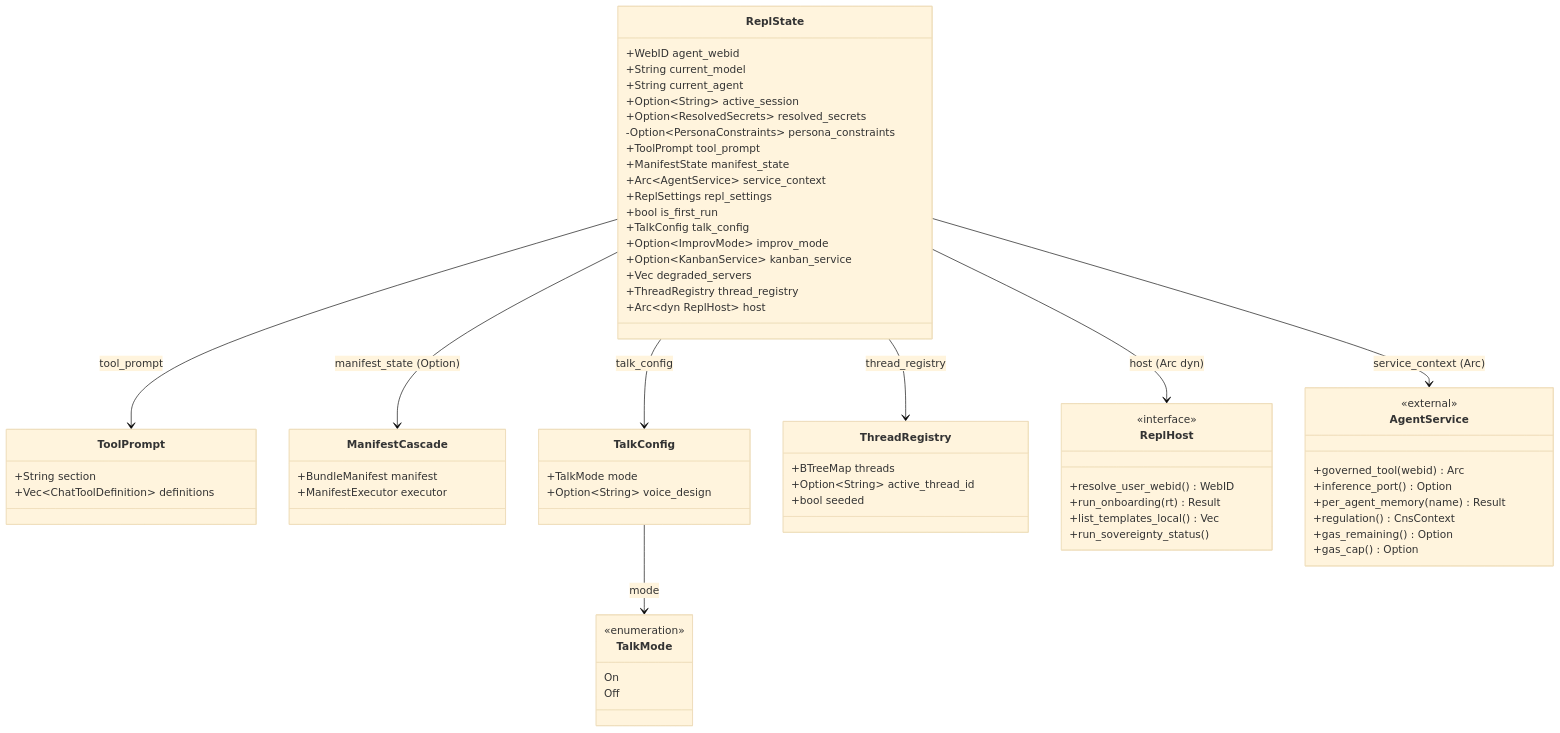
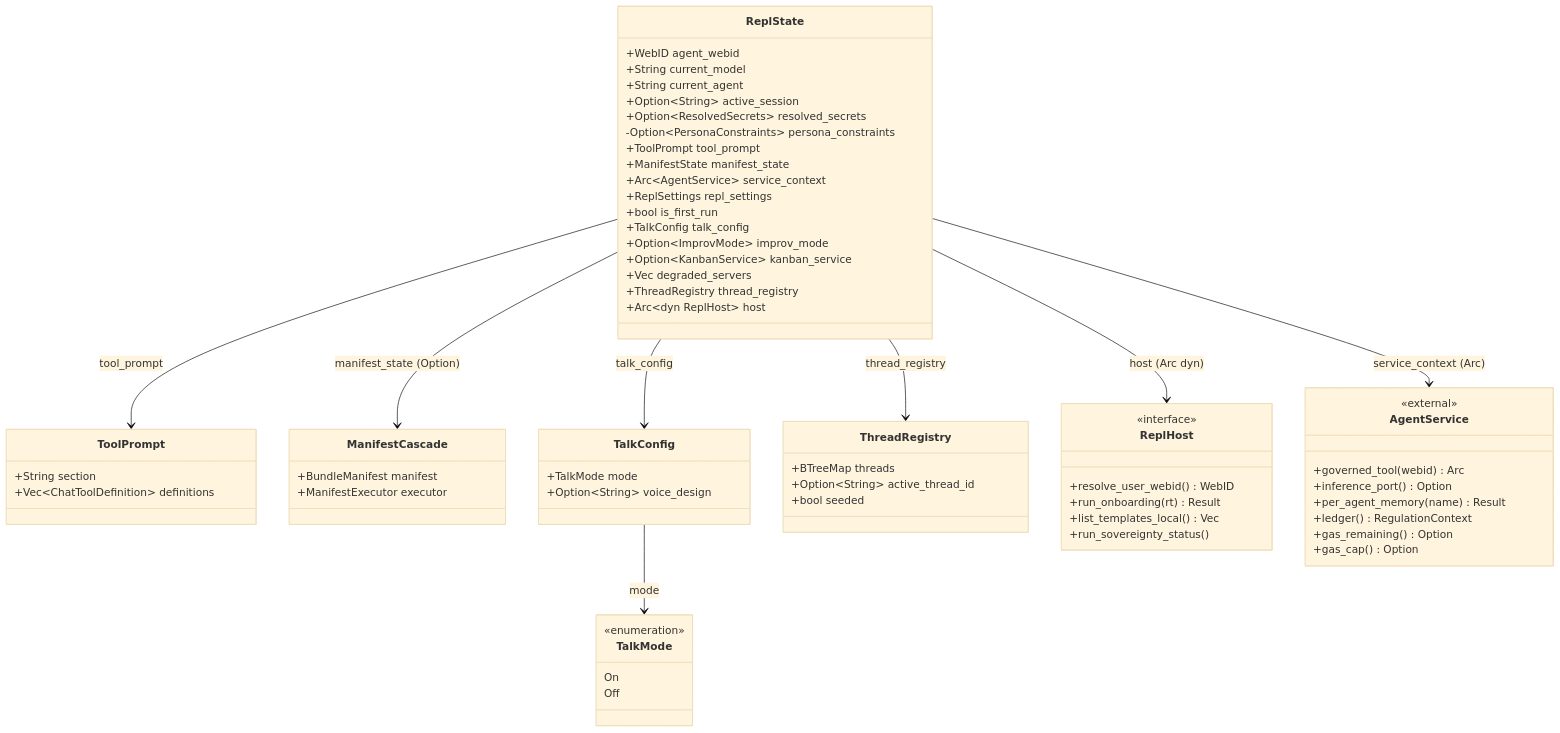
The first of 3 diagrams in docs/specifications/REPL-specification.md (mdz-axo/hKask), drawn with Mermaid (base theme) before and after one commit. The commit also changed other lines of this file and 47 other files, not shown here.

First line of the commit message:
Rename CNS namespace to Regulation

````diff
--- a/docs/specifications/REPL-specification.md
+++ b/docs/specifications/REPL-specification.md
@@ -119,68 +119,68 @@
 ```mermaid
 classDiagram
     class ReplState {
         +WebID agent_webid
         +String current_model
         +String current_agent
         +Option~String~ active_session
         +Option~ResolvedSecrets~ resolved_secrets
         -Option~PersonaConstraints~ persona_constraints
         +ToolPrompt tool_prompt
         +ManifestState manifest_state
         +Arc~AgentService~ service_context
         +ReplSettings repl_settings
         +bool is_first_run
         +TalkConfig talk_config
         +Option~ImprovMode~ improv_mode
         +Option~KanbanService~ kanban_service
         +Vec degraded_servers
         +ThreadRegistry thread_registry
         +Arc~dyn ReplHost~ host
     }
     class ToolPrompt {
         +String section
         +Vec~ChatToolDefinition~ definitions
     }
     class ManifestCascade {
         +BundleManifest manifest
         +ManifestExecutor executor
     }
     class TalkConfig {
         +TalkMode mode
         +Option~String~ voice_design
     }
     class TalkMode {
         <<enumeration>>
         On
         Off
     }
     class ThreadRegistry {
         +BTreeMap threads
         +Option~String~ active_thread_id
         +bool seeded
     }
     class ReplHost {
         <<interface>>
         +resolve_user_webid() WebID
         +run_onboarding(rt) Result
         +list_templates_local() Vec
         +run_sovereignty_status()
     }
     class AgentService {
         <<external>>
         +governed_tool(webid) Arc
         +inference_port() Option
         +per_agent_memory(name) Result
-        +regulation() CnsContext
+        +ledger() RegulationContext
         +gas_remaining() Option
         +gas_cap() Option
     }
 
     ReplState --> ToolPrompt : tool_prompt
     ReplState --> ManifestCascade : manifest_state (Option)
     ReplState --> TalkConfig : talk_config
     ReplState --> ThreadRegistry : thread_registry
     ReplState --> ReplHost : host (Arc dyn)
     ReplState --> AgentService : service_context (Arc)
     TalkConfig --> TalkMode : mode
 ```
````
